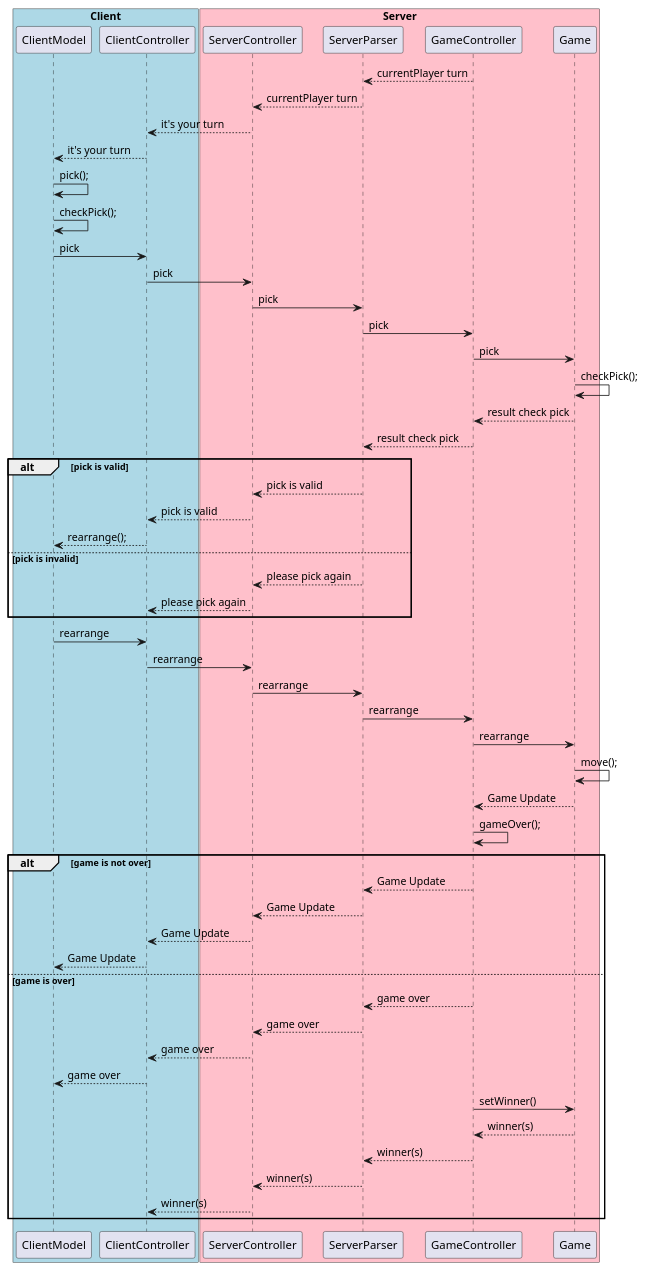
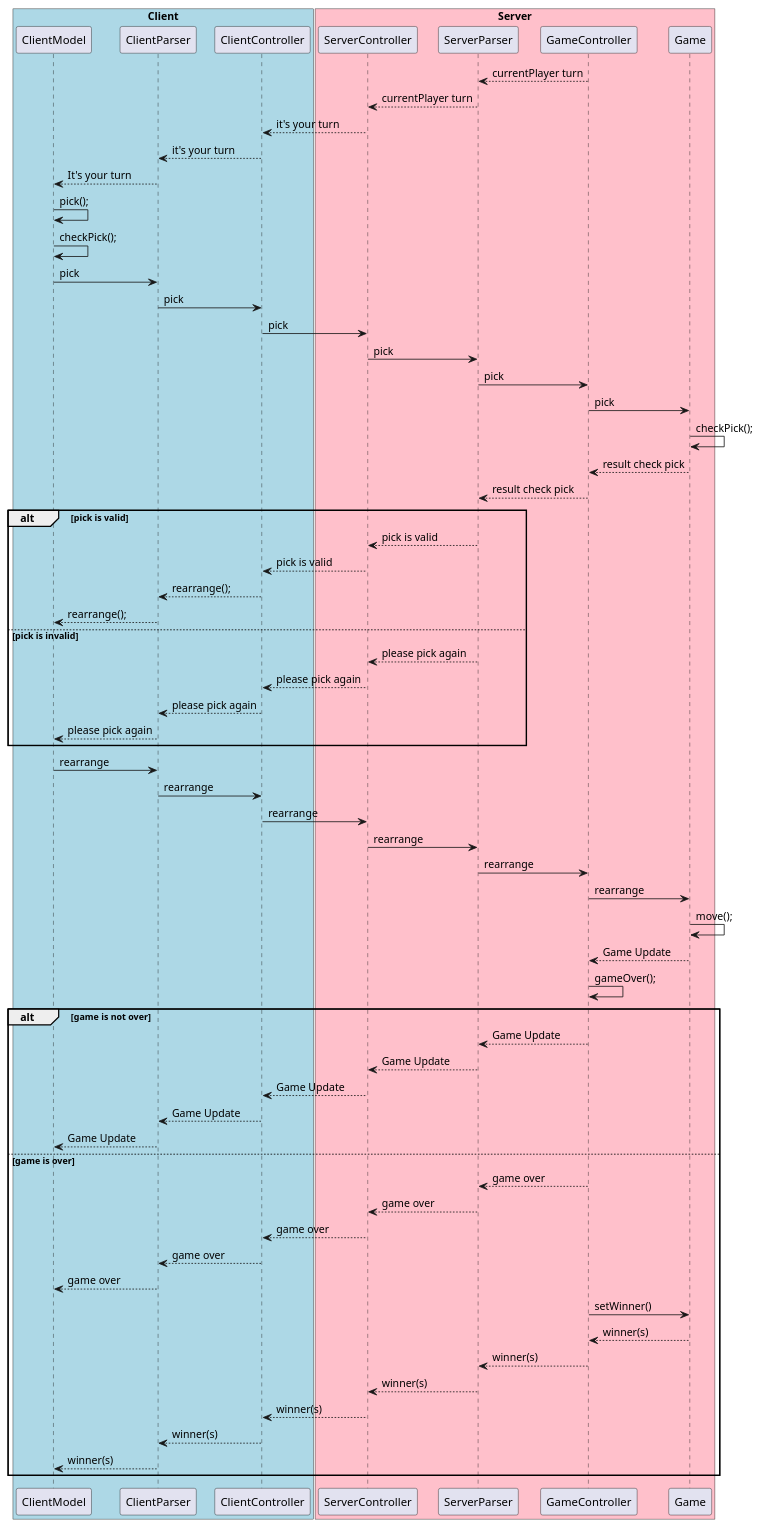
Before and after one commit to dltmtt/IS23-AM13: the diagram in docs/Sequence Diagram/Turn Phase.puml, drawn with PlantUML.

Commit message:
Add ClientParser to sequence diagram

```diff
--- a/docs/Sequence Diagram/Turn Phase.puml
+++ b/docs/Sequence Diagram/Turn Phase.puml
@@ -1,86 +1,99 @@
 @startuml
 
 
 box "Client" #LightBlue
 participant ClientModel
+participant ClientParser
 participant ClientController
 
 end box
 
 box "Server" #Pink
 participant ServerController
 participant ServerParser
 participant GameController
 participant Game
 end box
 
 ServerParser <-- GameController: currentPlayer turn
 ServerParser --> ServerController: currentPlayer turn
 
 ServerController -->ClientController: it's your turn
-ClientController -->ClientModel: it's your turn
+ClientController -->ClientParser: it's your turn
+ClientParser -->ClientModel: It's your turn
 ClientModel->ClientModel: pick();
 ClientModel->ClientModel: checkPick();
-ClientModel->ClientController: pick
+ClientModel->ClientParser: pick
+ClientParser->ClientController: pick
 
 ClientController-> ServerController: pick
 
 ServerController->ServerParser: pick
 ServerParser->GameController: pick
 GameController->Game: pick
 Game->Game: checkPick();
 Game-->GameController: result check pick
 GameController-->ServerParser: result check pick
 
 alt pick is valid
 ServerParser-->ServerController: pick is valid
 ServerController-->ClientController: pick is valid
-ClientModel<--ClientController:rearrange();
+ClientParser<--ClientController:rearrange();
+ClientModel<--ClientParser:rearrange();
+
 else pick is invalid
 ServerParser-->ServerController: please pick again
+ServerController-->ClientController: please pick again
+ClientController-->ClientParser: please pick again
+ClientParser-->ClientModel: please pick again
 
-ServerController-->ClientController: please pick again
+
 end
-ClientModel->ClientController:rearrange
+ClientModel->ClientParser:rearrange
+ClientParser->ClientController:rearrange
 ClientController->ServerController: rearrange
 ServerController->ServerParser: rearrange
 ServerParser->GameController: rearrange
 GameController->Game: rearrange
 Game->Game: move();
 Game--> GameController: Game Update
 
 GameController->GameController: gameOver();
 
 alt game is not over
 
 GameController-->ServerParser: Game Update
 
 ServerParser-->ServerController: Game Update
 ServerController-->ClientController: Game Update
-ClientController-->ClientModel: Game Update
+ClientController-->ClientParser: Game Update
+ClientParser-->ClientModel: Game Update
 
 
 
 else game is over
 GameController-->ServerParser: game over
 ServerParser-->ServerController: game over
 ServerController-->ClientController: game over
-ClientController-->ClientModel: game over
+ClientController-->ClientParser: game over
+ClientParser-->ClientModel: game over
 
 
 GameController->Game: setWinner()
 Game-->GameController: winner(s)
 GameController-->ServerParser: winner(s)
 ServerParser--> ServerController: winner(s)
 ServerController-->ClientController: winner(s)
+ClientController-->ClientParser: winner(s)
+ClientParser-->ClientModel: winner(s)
 
 end
 'Client->ServerController: bookshelf points update
 'ServerController->GameController: bookshelf points update
 'GameController->GameController: check points
 
 
 
 
 
 @enduml
```
